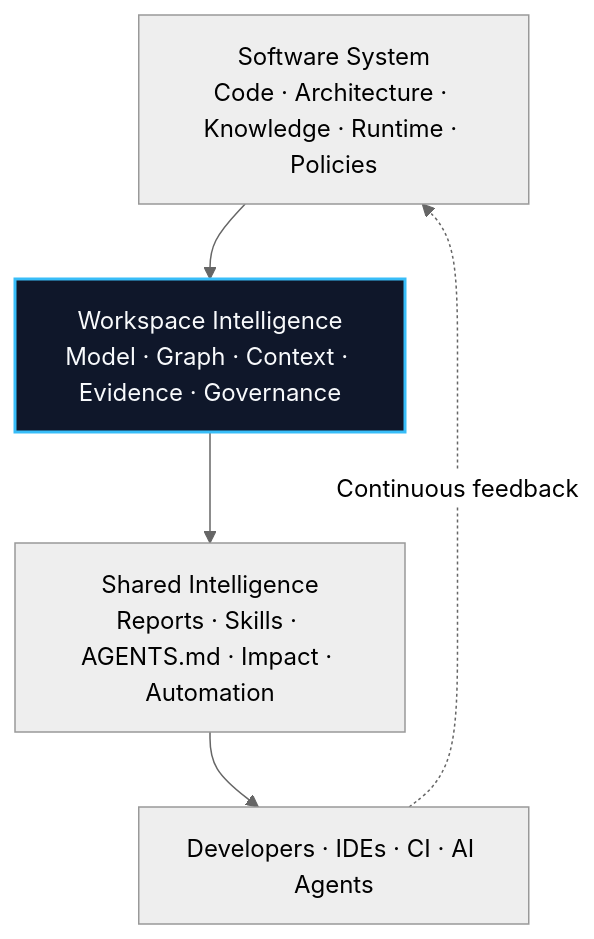
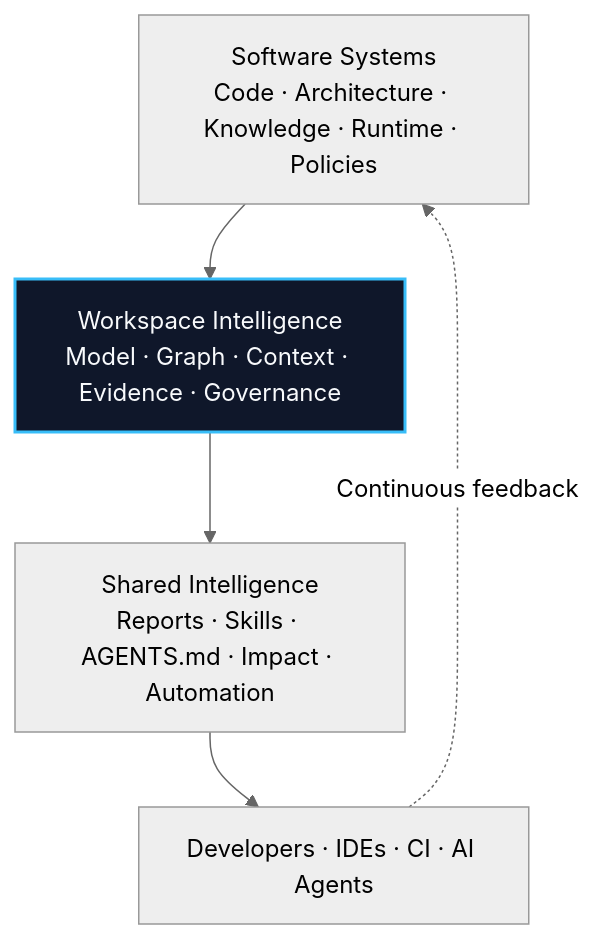
Before and after one commit to chistiq/.github: the diagram in profile/README.md, drawn with Mermaid (neutral theme). The commit also changed other lines of this file, not shown here.

````diff
--- a/profile/README.md
+++ b/profile/README.md
@@ -37,13 +37,13 @@
 ```mermaid
 flowchart TB
-    INPUTS["Software System<br/>Code · Architecture · Knowledge · Runtime · Policies"]
+    INPUTS["Software Systems<br/>Code · Architecture · Knowledge · Runtime · Policies"]
     INTELLIGENCE["Workspace Intelligence<br/>Model · Graph · Context · Evidence · Governance"]
     OUTPUTS["Shared Intelligence<br/>Reports · Skills · AGENTS.md · Impact · Automation"]
     CONSUMERS["Developers · IDEs · CI · AI Agents"]
 
     INPUTS --> INTELLIGENCE --> OUTPUTS --> CONSUMERS
     CONSUMERS -. Continuous feedback .-> INPUTS
 
     classDef core fill:#0f172a,color:#f8fafc,stroke:#38bdf8,stroke-width:2px;
     class INTELLIGENCE core;
 ```
````
